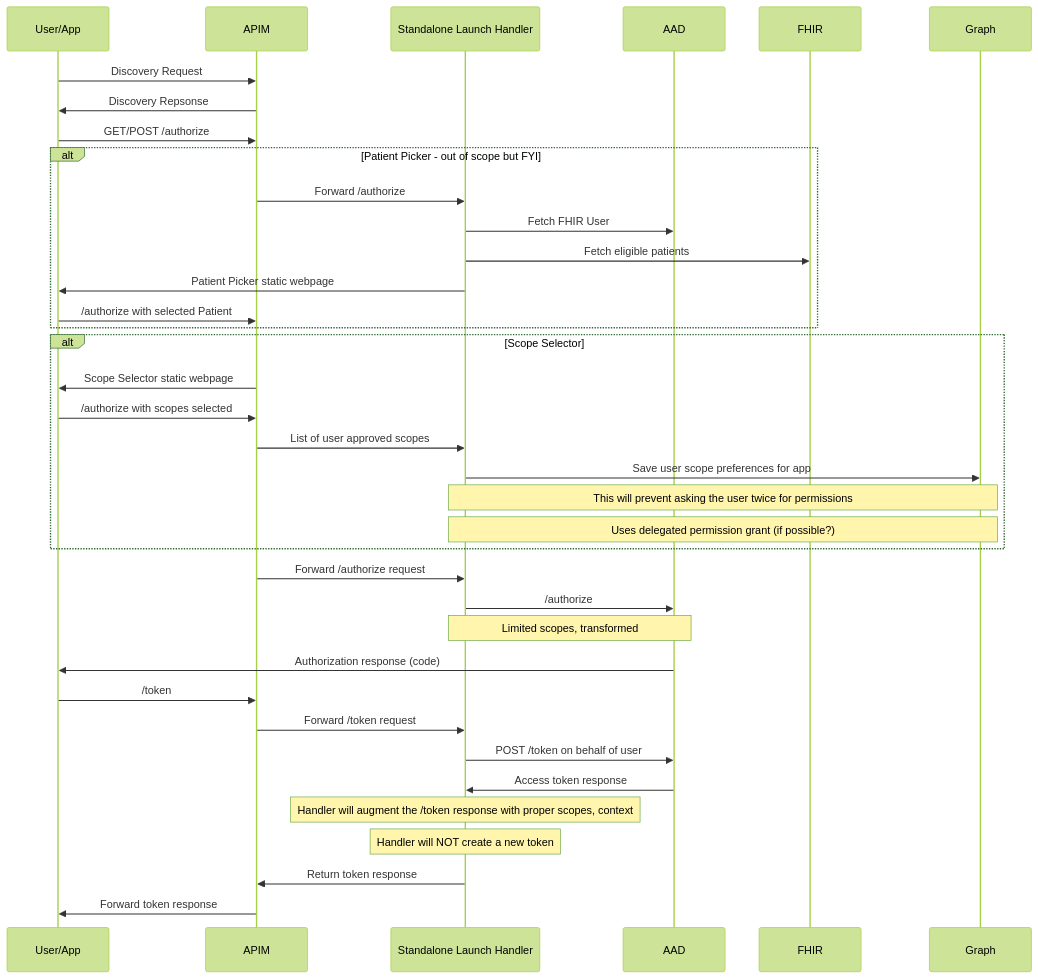
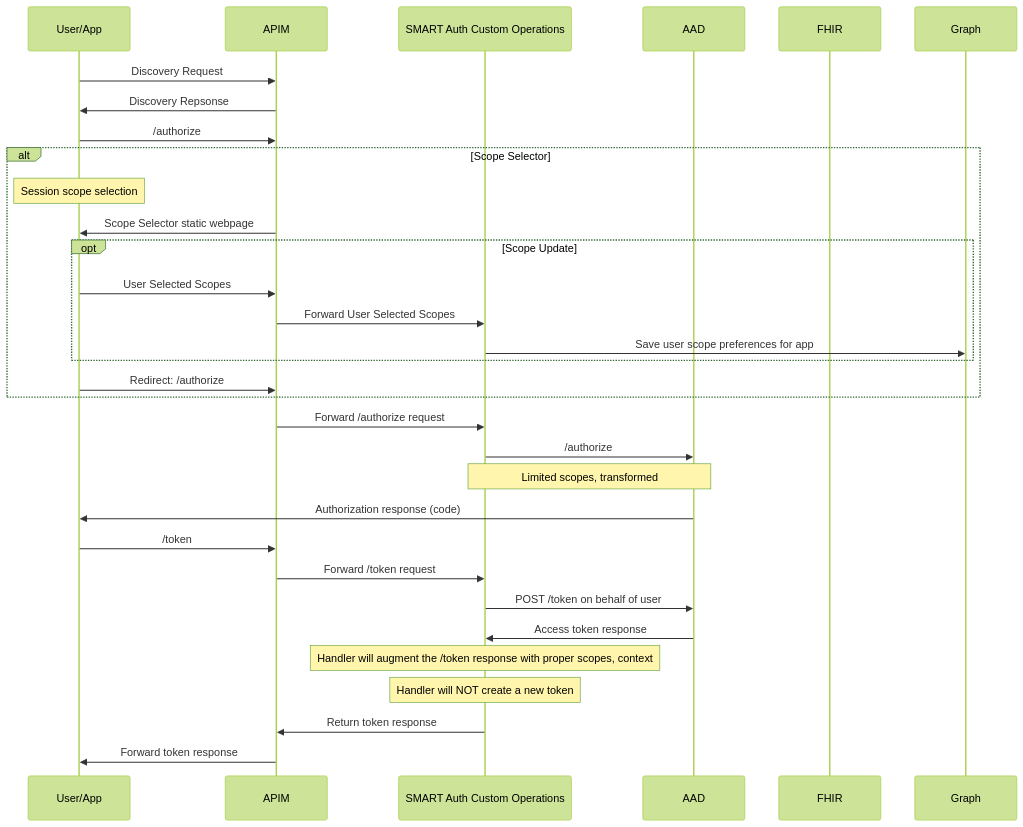
One commit to microsoft/fhir-server changed the third of 4 diagrams in samples/smart/docs/technical-guide.md. Above: the diagram before and after it, drawn with Mermaid (forest theme). The commit also changed other lines of this file and 8 other files, not shown here.

````diff
--- a/samples/smart/docs/technical-guide.md
+++ b/samples/smart/docs/technical-guide.md
@@ -125,40 +108,36 @@
 ```mermaid
-sequenceDiagram
+  sequenceDiagram
     participant User/App
     participant APIM
-    participant Standalone Launch Handler
+    participant SMART Auth Custom Operations
     participant AAD
     participant FHIR
     participant Graph
     User/App ->> APIM: Discovery Request
     APIM ->> User/App: Discovery Repsonse
-    User/App ->> APIM: GET/POST /authorize
-    alt Patient Picker - out of scope but FYI
-        APIM ->> Standalone Launch Handler: Forward /authorize
-        Standalone Launch Handler ->> AAD: Fetch FHIR User
-        Standalone Launch Handler ->> FHIR: Fetch eligible patients
-        Standalone Launch Handler ->> User/App: Patient Picker static webpage
-        User/App ->> APIM: /authorize with selected Patient
-    end
+    User/App ->> APIM: /authorize
     alt Scope Selector
+        note over User/App: Session scope selection
         APIM ->> User/App: Scope Selector static webpage
-        User/App ->> APIM: /authorize with scopes selected
-        APIM ->> Standalone Launch Handler: List of user approved scopes
-        Standalone Launch Handler ->> Graph: Save user scope preferences for app
-        note over Standalone Launch Handler, Graph: This will prevent asking the user twice for permissions
-        note over Standalone Launch Handler, Graph: Uses delegated permission grant (if possible?)
+        opt Scope Update
+            User/App ->> APIM: User Selected Scopes
+            APIM ->> SMART Auth Custom Operations:  Forward User Selected Scopes
+            SMART Auth Custom Operations ->> Graph: Save user scope preferences for app
+        end
+        
+        User/App ->> APIM: Redirect: /authorize        
     end
 
-    APIM ->> Standalone Launch Handler: Forward /authorize request    
-    Standalone Launch Handler ->> AAD: /authorize
-    note over Standalone Launch Handler, AAD: Limited scopes, transformed
+    APIM ->> SMART Auth Custom Operations: Forward /authorize request    
+    SMART Auth Custom Operations ->> AAD: /authorize
+    note over SMART Auth Custom Operations, AAD: Limited scopes, transformed
     AAD ->> User/App: Authorization response (code)
     User/App ->> APIM: /token
-    APIM ->> Standalone Launch Handler: Forward /token request
-    Standalone Launch Handler ->> AAD: POST /token on behalf of user
-    AAD ->> Standalone Launch Handler: Access token response
-    note over Standalone Launch Handler: Handler will augment the /token response with proper scopes, context
-    note over Standalone Launch Handler: Handler will NOT create a new token
-    Standalone Launch Handler ->> APIM: Return token response
+    APIM ->> SMART Auth Custom Operations: Forward /token request
+    SMART Auth Custom Operations ->> AAD: POST /token on behalf of user
+    AAD ->> SMART Auth Custom Operations: Access token response
+    note over SMART Auth Custom Operations: Handler will augment the /token response with proper scopes, context
+    note over SMART Auth Custom Operations: Handler will NOT create a new token
+    SMART Auth Custom Operations ->> APIM: Return token response
     APIM ->> User/App: Forward token response
 ```
````
